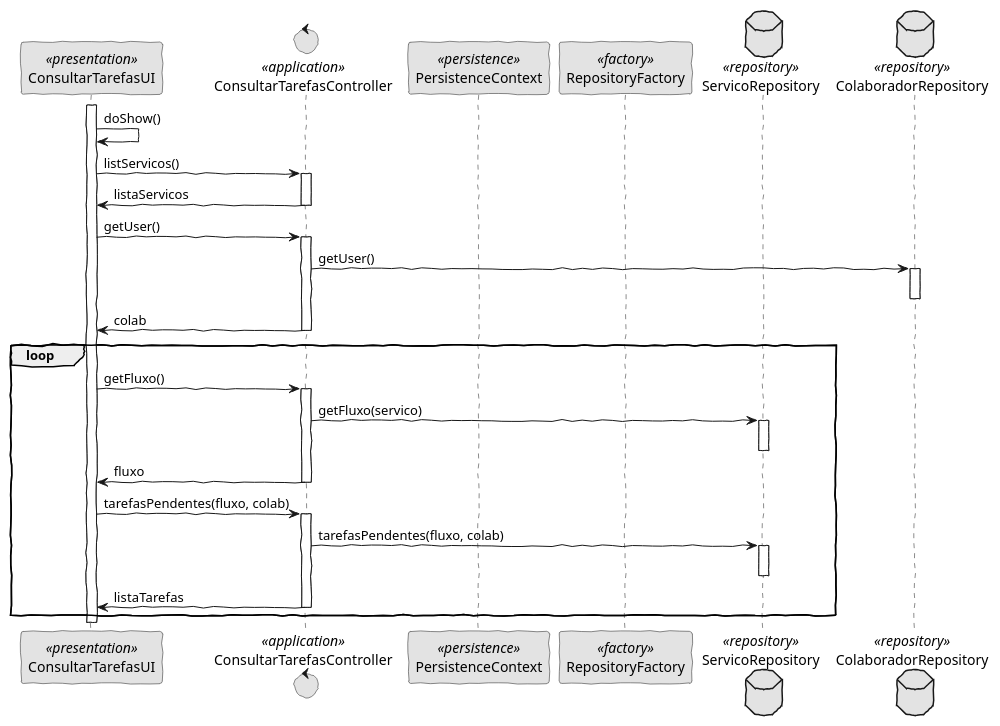
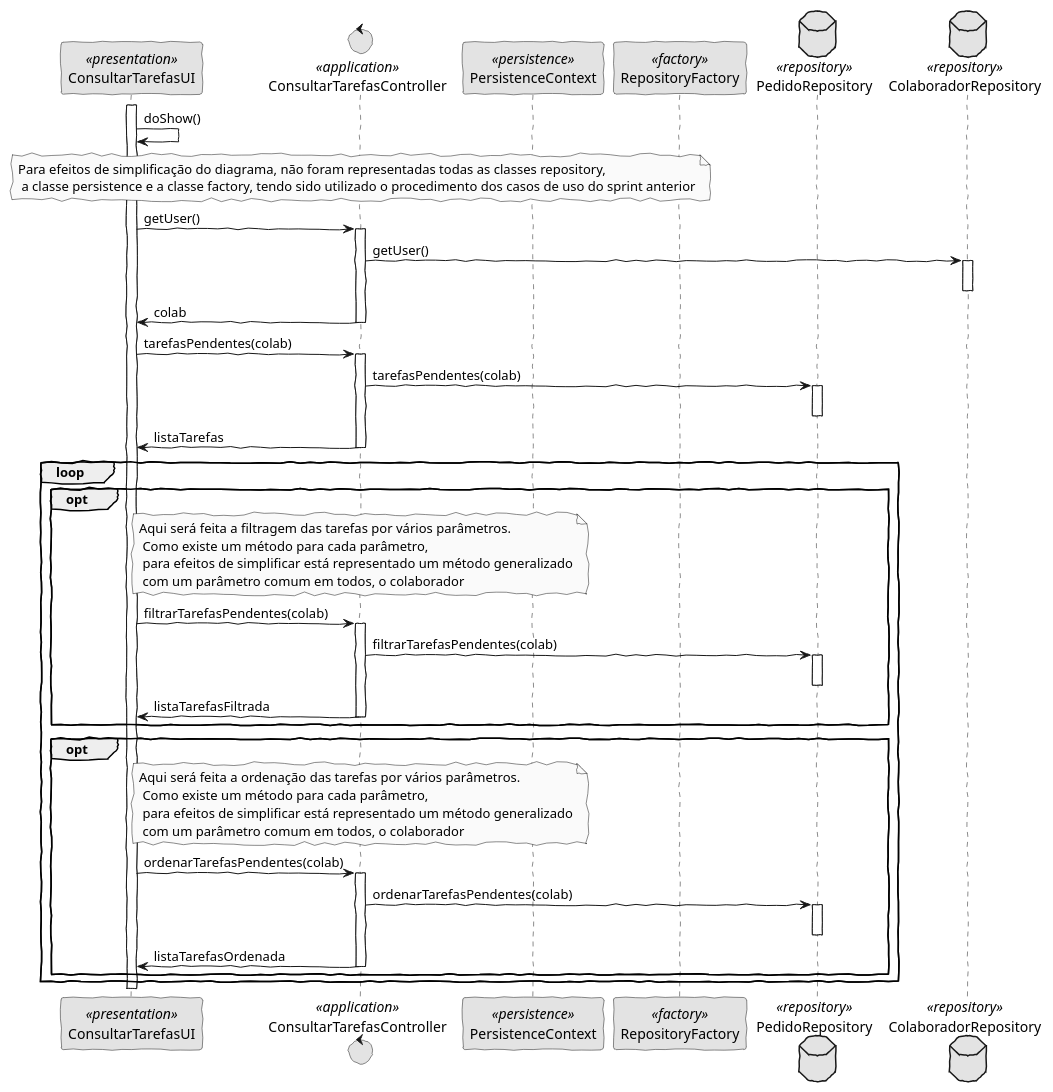
One commit to pedrolemos4/LAPR4 changed the diagram in docs/Sprint C/1190769/US3021/SD.puml. Above: the diagram before and after it, drawn with PlantUML. The commit also changed 4 other files, not shown here.

```diff
--- a/docs/Sprint C/1190769/US3021/SD.puml
+++ b/docs/Sprint C/1190769/US3021/SD.puml
@@ -1,51 +1,59 @@
 @startuml
 'http://plantuml.com/skinparam.html
 skinparam handwritten true
 skinparam monochrome true
 skinparam packageStyle rect
 skinparam defaultFontName FG Virgil
 skinparam shadowing false
 
 participant ConsultarTarefasUI as UI <<presentation>>
 control ConsultarTarefasController as CTRL <<application>>
 participant PersistenceContext as Persistence <<persistence>>
 participant RepositoryFactory as Factory <<factory>>
-database ServicoRepository as SRepository <<repository>>
+database PedidoRepository as PRepository <<repository>>
 database ColaboradorRepository as CRepository <<repository>>
 
 activate UI
 
 UI -> UI : doShow()
-
-UI -> CTRL: listServicos()
-    activate CTRL
-      CTRL -> UI: listaServicos
-    deactivate CTRL
-
+ note over CTRL: Para efeitos de simplificação do diagrama, não foram representadas todas as classes repository,\n a classe persistence e a classe factory, tendo sido utilizado o procedimento dos casos de uso do sprint anterior
 UI -> CTRL: getUser()
     activate CTRL
     CTRL -> CRepository: getUser()
       activate CRepository
       deactivate CRepository
       CTRL -> UI: colab
     deactivate CTRL
     
-loop
-UI -> CTRL: getFluxo()
+UI -> CTRL: tarefasPendentes(colab)
     activate CTRL
-    CTRL -> SRepository: getFluxo(servico)
-      activate SRepository
-      deactivate SRepository
-      CTRL -> UI: fluxo
-    deactivate CTRL
-    
-UI -> CTRL: tarefasPendentes(fluxo, colab)
-    activate CTRL
-      CTRL -> SRepository: tarefasPendentes(fluxo, colab)
-      activate SRepository
-      deactivate SRepository
+      CTRL -> PRepository: tarefasPendentes(colab)
+      activate PRepository
+      deactivate PRepository
       CTRL -> UI: listaTarefas
     deactivate CTRL
+loop
+opt
+note over CTRL: Aqui será feita a filtragem das tarefas por vários parâmetros.\n Como existe um método para cada parâmetro,\n para efeitos de simplificar está representado um método generalizado\n com um parâmetro comum em todos, o colaborador
+UI -> CTRL: filtrarTarefasPendentes(colab)
+    activate CTRL
+      CTRL -> PRepository: filtrarTarefasPendentes(colab)
+      activate PRepository
+      deactivate PRepository
+      CTRL -> UI: listaTarefasFiltrada
+    deactivate CTRL
+end
+
+opt
+note over CTRL: Aqui será feita a ordenação das tarefas por vários parâmetros.\n Como existe um método para cada parâmetro,\n para efeitos de simplificar está representado um método generalizado\n com um parâmetro comum em todos, o colaborador
+UI -> CTRL: ordenarTarefasPendentes(colab)
+    activate CTRL
+      CTRL -> PRepository: ordenarTarefasPendentes(colab)
+      activate PRepository
+      deactivate PRepository
+      CTRL -> UI: listaTarefasOrdenada
+    deactivate CTRL
+end
 end
 deactivate UI
 @enduml
```
